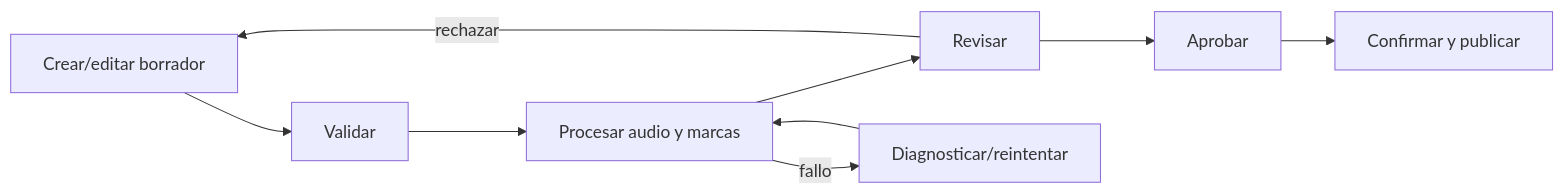
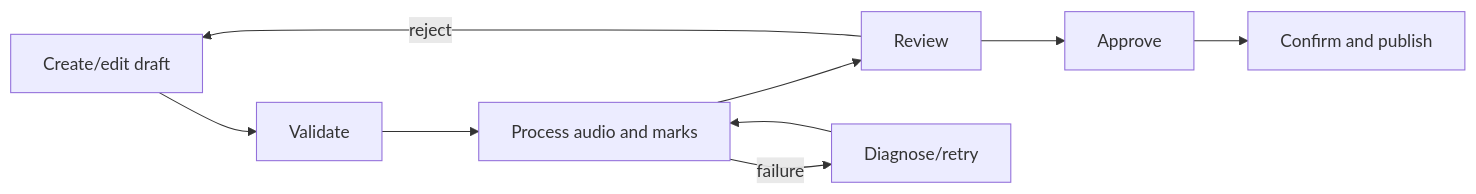
One commit to dafermen/FollowRead changed the first of 3 diagrams in docs/ux-ui/USER_FLOWS.md. Above: the diagram before and after it, drawn with Mermaid. The commit also changed other lines of this file and 136 other files, not shown here.

````diff
--- a/docs/ux-ui/USER_FLOWS.md
+++ b/docs/ux-ui/USER_FLOWS.md
@@ -8,11 +8,11 @@
 ```mermaid
 flowchart LR
-    draft["Crear/editar borrador"] --> validate["Validar"]
-    validate --> process["Procesar audio y marcas"]
-    process --> review["Revisar"]
-    review -->|rechazar| draft
-    review --> approve["Aprobar"]
-    approve --> publish["Confirmar y publicar"]
-    process -->|fallo| error["Diagnosticar/reintentar"]
+    draft["Create/edit draft"] --> validate["Validate"]
+    validate --> process["Process audio and marks"]
+    process --> review["Review"]
+    review -->|reject| draft
+    review --> approve["Approve"]
+    approve --> publish["Confirm and publish"]
+    process -->|failure| error["Diagnose/retry"]
     error --> process
 ```
````
